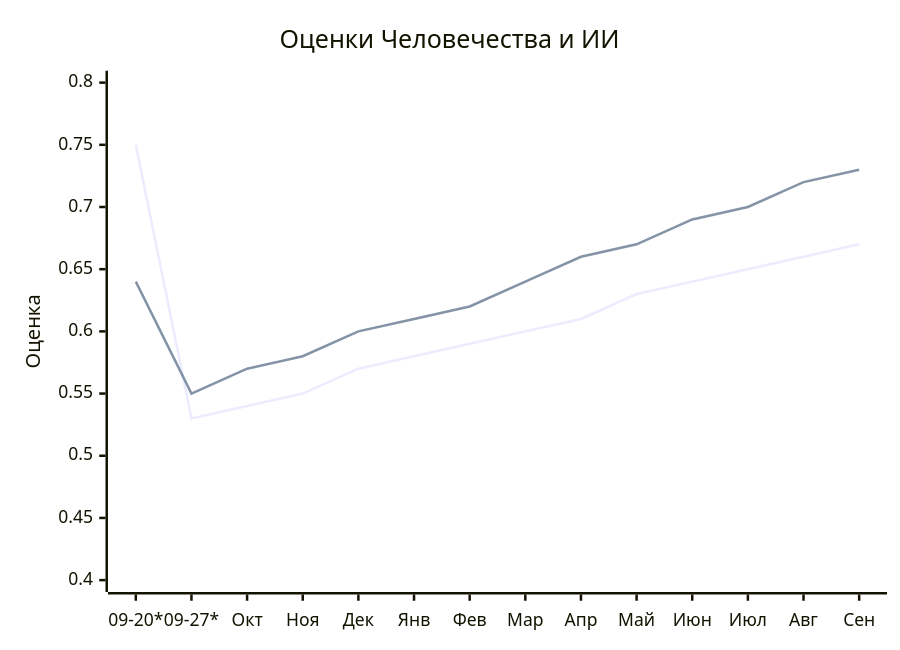
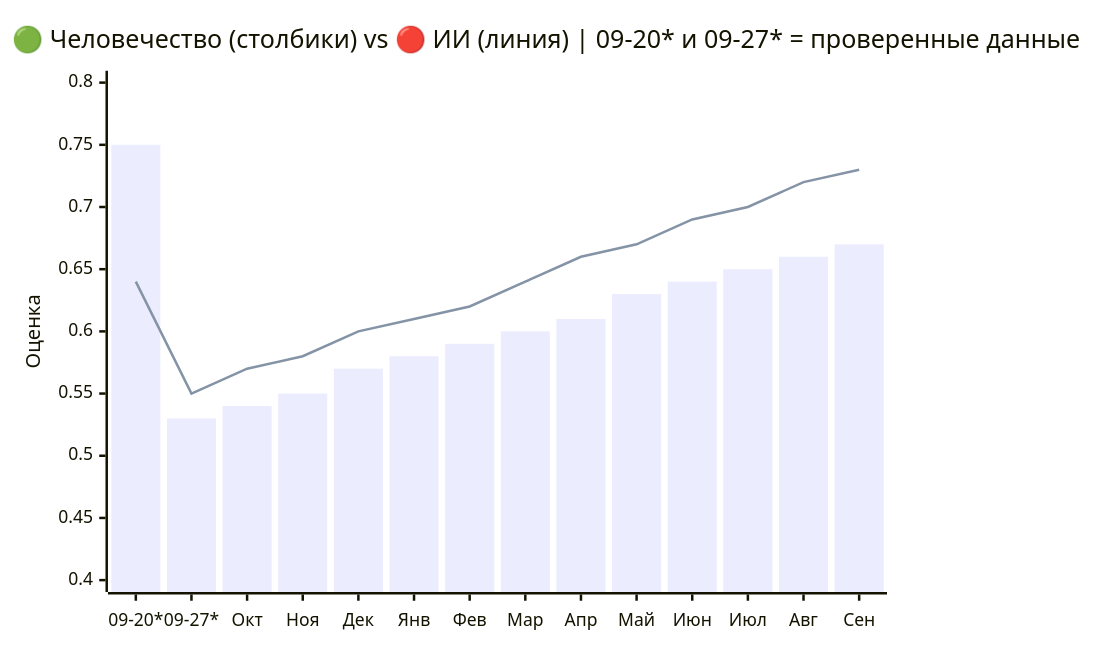
The first of 2 diagrams in README.ru.md (VQQLK/Human-AI-Monitor), drawn with Mermaid before and after one commit. The commit also changed other lines of this file and 2 other files, not shown here.

First line of the commit message:
feat(docs): use bars + line combo chart for instant identification

````diff
--- a/README.ru.md
+++ b/README.ru.md
@@ -29,8 +34,8 @@
 ```mermaid
 xychart-beta
-    title "Оценки Человечества и ИИ"
+    title "🟢 Человечество (столбики) vs 🔴 ИИ (линия) | 09-20* и 09-27* = проверенные данные"
     x-axis ["09-20*", "09-27*", "Окт", "Ноя", "Дек", "Янв", "Фев", "Мар", "Апр", "Май", "Июн", "Июл", "Авг", "Сен"]
     y-axis "Оценка" 0.40 --> 0.80
-    line [0.75, 0.53, 0.54, 0.55, 0.57, 0.58, 0.59, 0.6, 0.61, 0.63, 0.64, 0.65, 0.66, 0.67]
+    bar [0.75, 0.53, 0.54, 0.55, 0.57, 0.58, 0.59, 0.6, 0.61, 0.63, 0.64, 0.65, 0.66, 0.67]
     line [0.64, 0.55, 0.57, 0.58, 0.6, 0.61, 0.62, 0.64, 0.66, 0.67, 0.69, 0.7, 0.72, 0.73]
 ```
````
